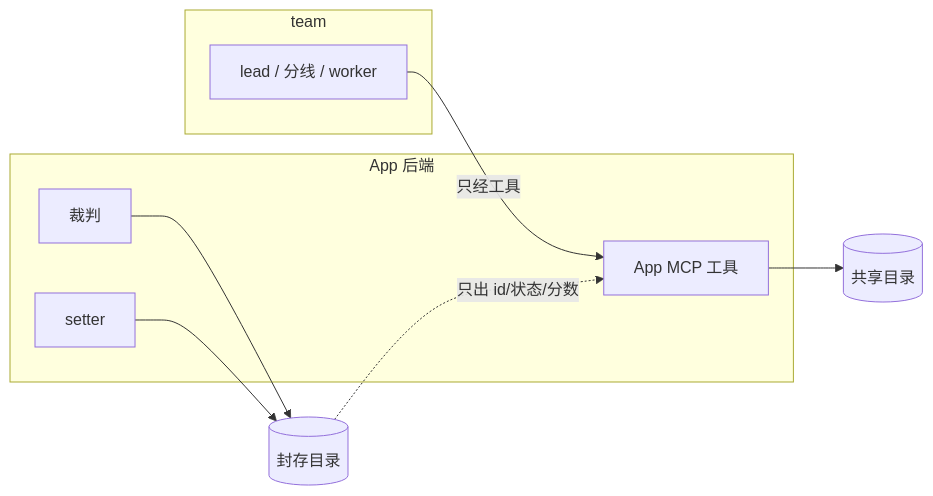
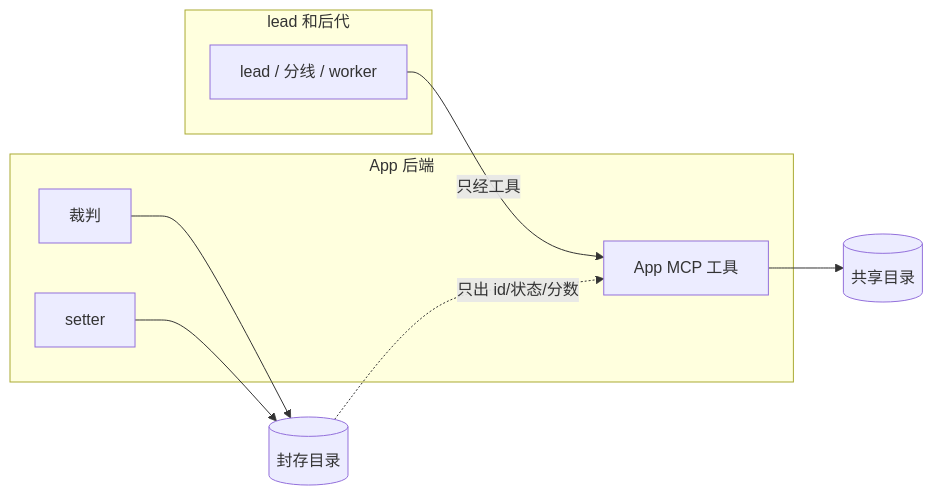
Before and after one commit to iamwhatever/harness-rsi: the fourth of 9 diagrams in docs/design/crewmate-team.md, drawn with Mermaid. The commit also changed other lines of this file and 3 other files, not shown here.

````diff
--- a/docs/design/crewmate-team.md
+++ b/docs/design/crewmate-team.md
@@ -179,17 +173,17 @@
 ```mermaid
 flowchart LR
-  subgraph TEAM["team"]
+  subgraph TREE["lead 和后代"]
     L["lead / 分线 / worker"]
   end
   subgraph APPB["App 后端"]
     T["App MCP 工具"]
     JG["裁判"]
     QS["setter"]
   end
   SH[("共享目录")]
   SE[("封存目录")]
   L -->|只经工具| T --> SH
   JG --> SE
   QS --> SE
   SE -.只出 id/状态/分数.-> T
 ```
````
